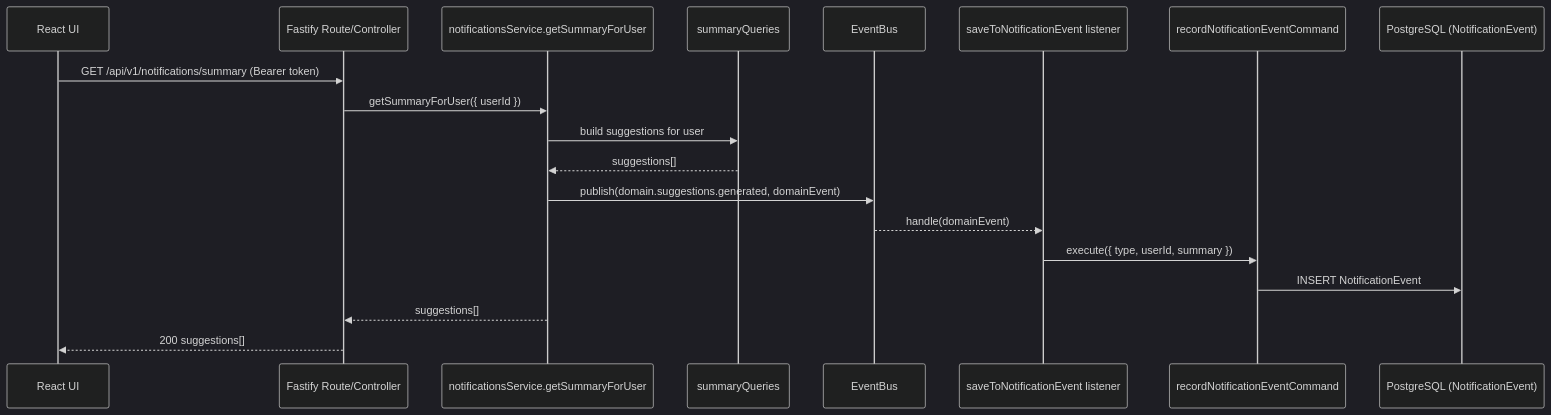
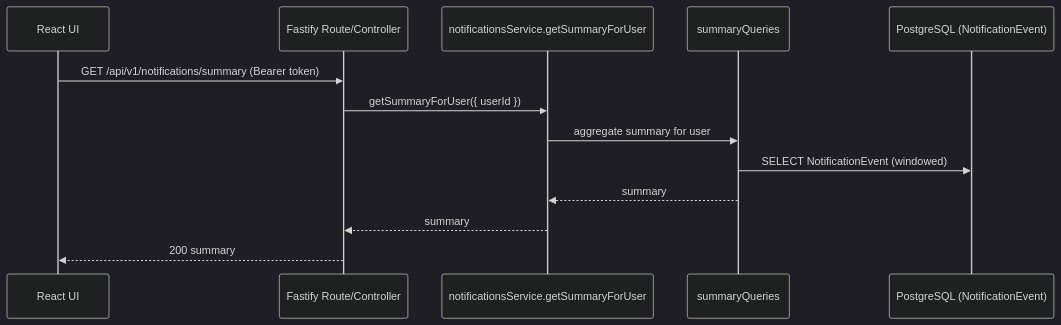
Before and after one commit to gtovar/email-cleaner-fastify: the second of 5 diagrams in docs/architecture.md, drawn with Mermaid (dark theme). The commit also changed other lines of this file and 11 other files, not shown here.

First line of the commit message:
refactor(notifications): aggregate summary from NotificationEvent

````diff
--- a/docs/architecture.md
+++ b/docs/architecture.md
@@ -18,22 +18,16 @@
 ```mermaid
 sequenceDiagram
   participant UI as React UI
   participant R as Fastify Route/Controller
   participant S as notificationsService.getSummaryForUser
   participant Q as summaryQueries
-  participant EB as EventBus
-  participant Sub as saveToNotificationEvent listener
-  participant Cmd as recordNotificationEventCommand
   participant DB as PostgreSQL (NotificationEvent)
 
   UI->>R: GET /api/v1/notifications/summary (Bearer token)
   R->>S: getSummaryForUser({ userId })
-  S->>Q: build suggestions for user
-  Q-->>S: suggestions[]
-  S->>EB: publish(domain.suggestions.generated, domainEvent)
-  EB-->>Sub: handle(domainEvent)
-  Sub->>Cmd: execute({ type, userId, summary })
-  Cmd->>DB: INSERT NotificationEvent
-  S-->>R: suggestions[]
-  R-->>UI: 200 suggestions[]
+  S->>Q: aggregate summary for user
+  Q->>DB: SELECT NotificationEvent (windowed)
+  Q-->>S: summary
+  S-->>R: summary
+  R-->>UI: 200 summary
 ```
````
